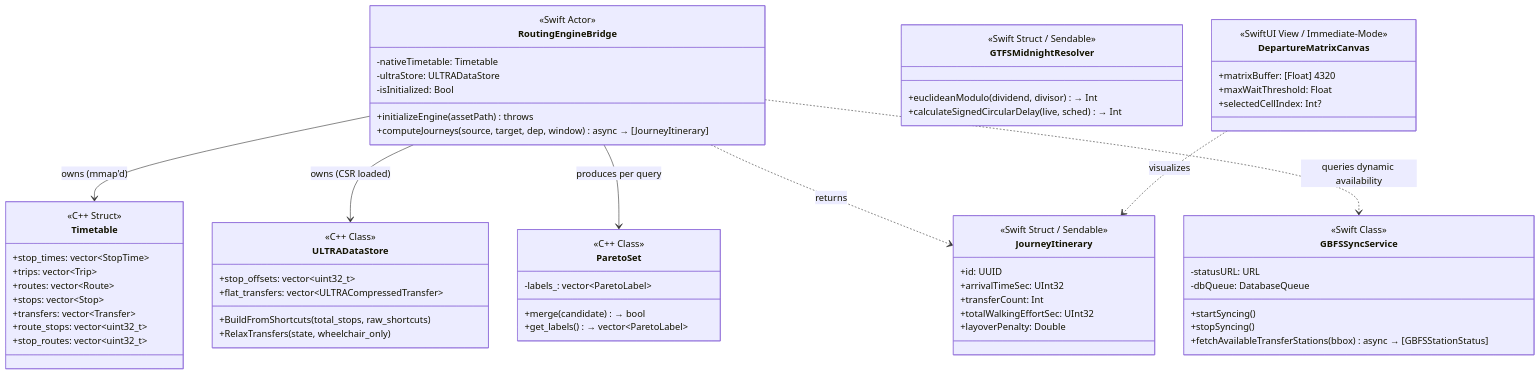
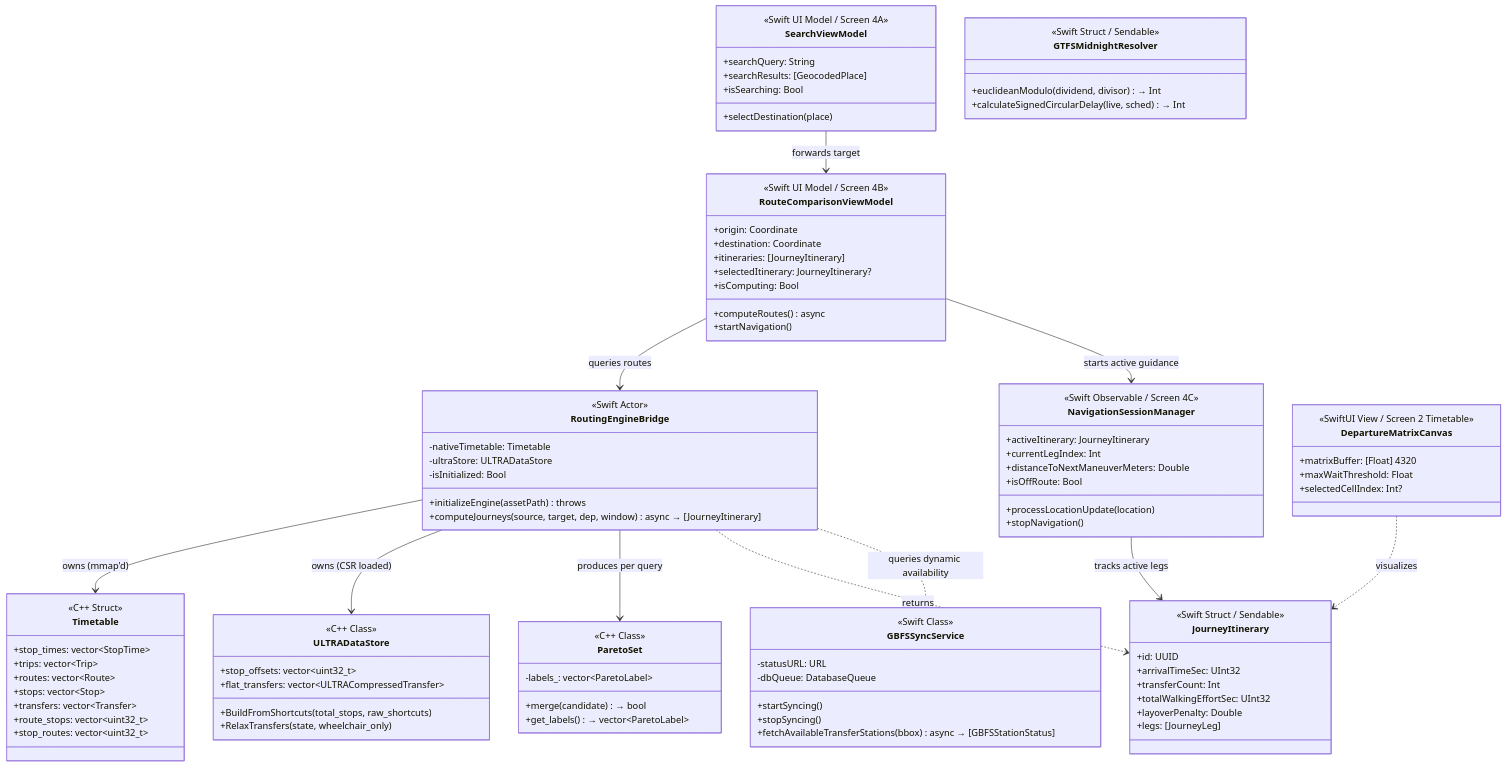
One commit to walshkang/derivee changed the eighth of 9 diagrams in docs/diagrams.md. Above: the diagram before and after it, drawn with Mermaid. The commit also changed other lines of this file and 4 other files, not shown here.

````diff
--- a/docs/diagrams.md
+++ b/docs/diagrams.md
@@ -814,6 +905,35 @@
 ```mermaid
 classDiagram
     direction TB
+
+    class SearchViewModel {
+        <<Swift UI Model / Screen 4A>>
+        +searchQuery: String
+        +searchResults: [GeocodedPlace]
+        +isSearching: Bool
+        +selectDestination(place)
+    }
+
+    class RouteComparisonViewModel {
+        <<Swift UI Model / Screen 4B>>
+        +origin: Coordinate
+        +destination: Coordinate
+        +itineraries: [JourneyItinerary]
+        +selectedItinerary: JourneyItinerary?
+        +isComputing: Bool
+        +computeRoutes() async
+        +startNavigation()
+    }
+
+    class NavigationSessionManager {
+        <<Swift Observable / Screen 4C>>
+        +activeItinerary: JourneyItinerary
+        +currentLegIndex: Int
+        +distanceToNextManeuverMeters: Double
+        +isOffRoute: Bool
+        +processLocationUpdate(location)
+        +stopNavigation()
+    }
 
     class RoutingEngineBridge {
         <<Swift Actor>>
@@ -857,6 +977,7 @@
         +transferCount: Int
         +totalWalkingEffortSec: UInt32
         +layoverPenalty: Double
+        +legs: [JourneyLeg]
     }
 
     class GBFSSyncService {
@@ -875,12 +996,16 @@
     }
 
     class DepartureMatrixCanvas {
-        <<SwiftUI View / Immediate-Mode>>
+        <<SwiftUI View / Screen 2 Timetable>>
         +matrixBuffer: [Float] 4320
         +maxWaitThreshold: Float
         +selectedCellIndex: Int?
     }
 
+    SearchViewModel --> RouteComparisonViewModel : forwards target
+    RouteComparisonViewModel --> RoutingEngineBridge : queries routes
+    RouteComparisonViewModel --> NavigationSessionManager : starts active guidance
+    NavigationSessionManager --> JourneyItinerary : tracks active legs
     RoutingEngineBridge --> Timetable : owns (mmap'd)
     RoutingEngineBridge --> ULTRADataStore : owns (CSR loaded)
     RoutingEngineBridge --> ParetoSet : produces per query
````
